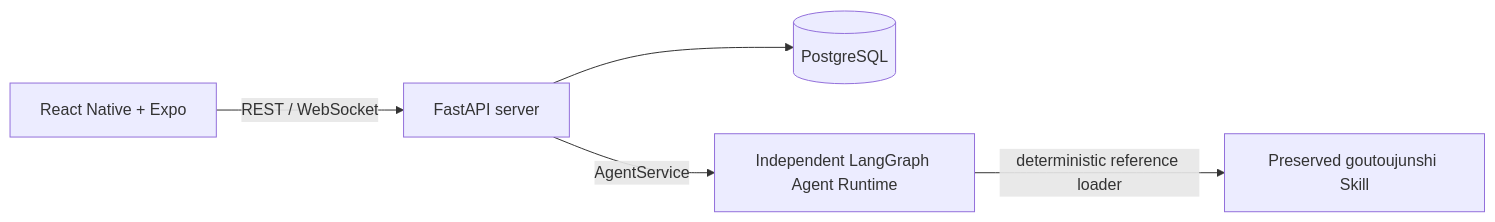
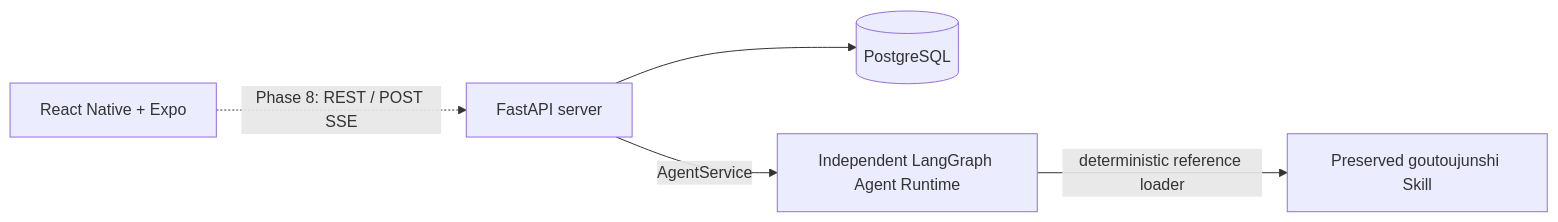
One commit to Lack666/goutouapp changed the diagram in docs/ARCHITECTURE.md. Above: the diagram before and after it, drawn with Mermaid. The commit also changed other lines of this file and 45 other files, not shown here.

Commit message:
feat: complete Phase 7A Expo foundation and navigation shell

````diff
--- a/docs/ARCHITECTURE.md
+++ b/docs/ARCHITECTURE.md
@@ -19,7 +19,7 @@
 ```mermaid
 flowchart LR
-  Mobile[React Native + Expo] -->|REST / WebSocket| Server[FastAPI server]
+  Mobile[React Native + Expo] -.->|Phase 8: REST / POST SSE| Server[FastAPI server]
   Server --> Database[(PostgreSQL)]
   Server -->|AgentService| Runtime[Independent LangGraph Agent Runtime]
   Runtime -->|deterministic reference loader| Knowledge[Preserved goutoujunshi Skill]
 ```
````
